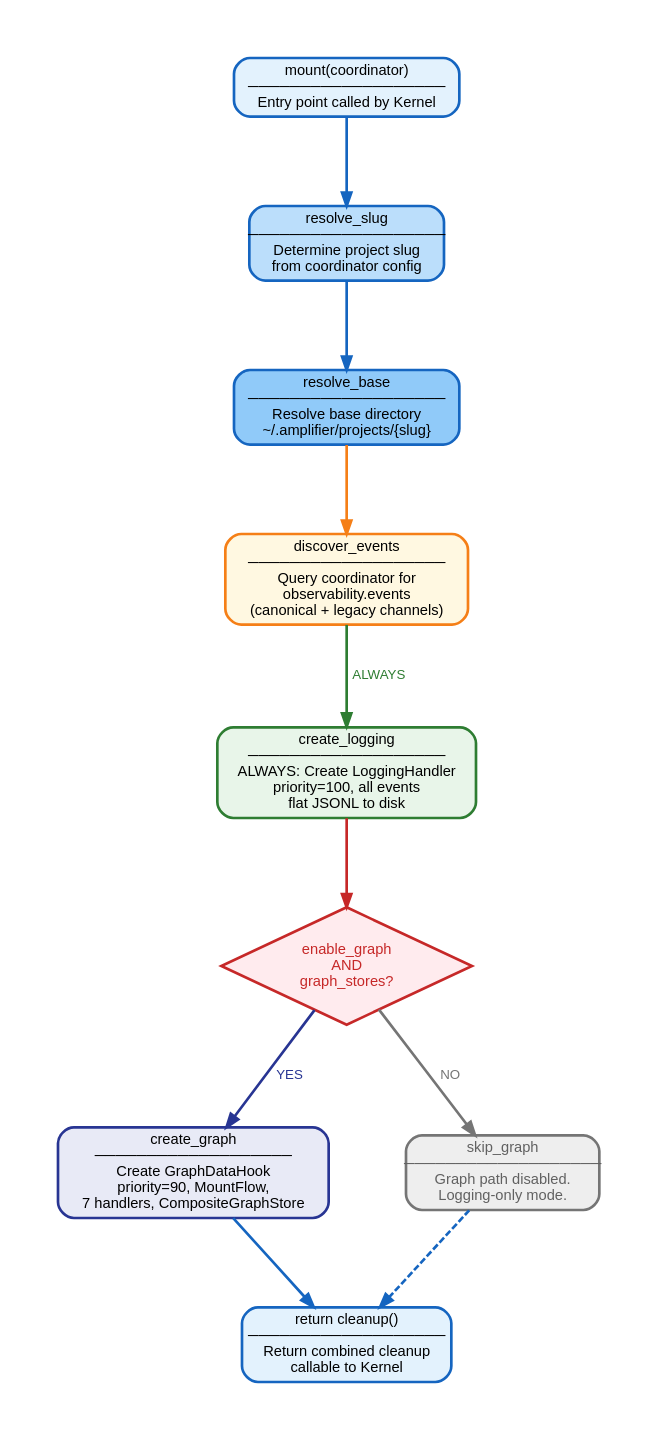
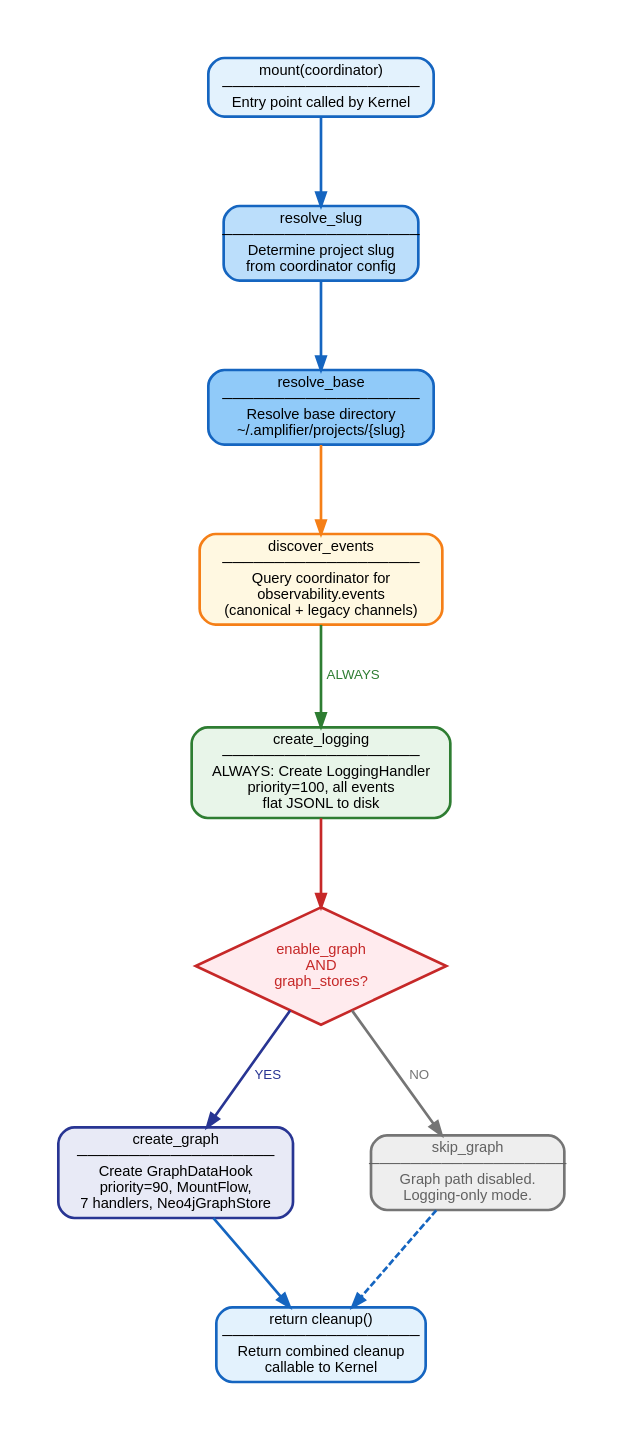
One commit to microsoft/amplifier-bundle-context-intelligence changed the diagram in context/hook-mount-dispatcher.dot. Above: the diagram before and after it, drawn with Graphviz. The commit also changed 80 other files, not shown here.

```diff
--- a/context/hook-mount-dispatcher.dot
+++ b/context/hook-mount-dispatcher.dot
@@ -1,146 +1,146 @@
 // Hook Mount Dispatcher — Top-Level Decision Flow
 // Context-Intelligence Bundle
 //
 // The top-level mount() dispatcher orchestrates both the always-on logging path
 // and the conditional graph path. This diagram shows the full decision flow.
 //
 // Render: dot -Tsvg hook-mount-dispatcher.dot -o hook-mount-dispatcher.svg
 
 digraph HookMountDispatcher {
     rankdir=TB;
     fontname="Helvetica";
     fontsize=12;
     compound=true;
     nodesep=0.8;
     ranksep=0.9;
     pad=0.5;
 
     // ─── Global defaults ─────────────────────────────────────────────
     node [fontname="Helvetica", fontsize=11];
     edge [fontname="Helvetica", fontsize=10];
 
     // ─── Entry / Resolution nodes (blue) ─────────────────────────────
     node [shape=box, style="rounded,filled", penwidth=2];
 
     entry_mount [
         label="mount(coordinator)\n───────────────────\nEntry point called by Kernel",
         fillcolor="#E3F2FD",
         color="#1565C0"
     ];
 
     resolve_slug [
         label="resolve_slug\n───────────────────\nDetermine project slug\nfrom coordinator config",
         fillcolor="#BBDEFB",
         color="#1565C0"
     ];
 
     resolve_base [
         label="resolve_base\n───────────────────\nResolve base directory\n~/.amplifier/projects/{slug}",
         fillcolor="#90CAF9",
         color="#1565C0"
     ];
 
     // ─── Discovery node (yellow) ─────────────────────────────────────
     discover_events [
         label="discover_events\n───────────────────\nQuery coordinator for\nobservability.events\n(canonical + legacy channels)",
         fillcolor="#FFF8E1",
         color="#F57F17"
     ];
 
     // ─── Logging creation node (green) ───────────────────────────────
     create_logging [
         label="create_logging\n───────────────────\nALWAYS: Create LoggingHandler\npriority=100, all events\nflat JSONL to disk",
         fillcolor="#E8F5E9",
         color="#2E7D32"
     ];
 
     // ─── Decision diamond (red) ──────────────────────────────────────
     node [shape=diamond, style=filled, penwidth=2];
 
     graph_decision [
         label="enable_graph\nAND\ngraph_stores?",
         fillcolor="#FFEBEE",
         color="#C62828",
         fontcolor="#C62828"
     ];
 
     // ─── Graph path nodes (indigo) ───────────────────────────────────
     node [shape=box, style="rounded,filled", penwidth=2];
 
     create_graph [
-        label="create_graph\n───────────────────\nCreate GraphDataHook\npriority=90, MountFlow,\n7 handlers, CompositeGraphStore",
+        label="create_graph\n───────────────────\nCreate GraphDataHook\npriority=90, MountFlow,\n7 handlers, Neo4jGraphStore",
         fillcolor="#E8EAF6",
         color="#283593"
     ];
 
     // ─── Skip node (grey) ────────────────────────────────────────────
     skip_graph [
         label="skip_graph\n───────────────────\nGraph path disabled.\nLogging-only mode.",
         fillcolor="#EEEEEE",
         color="#757575",
         fontcolor="#616161"
     ];
 
     // ─── Return node (blue) ──────────────────────────────────────────
     return_cleanup [
         label="return cleanup()\n───────────────────\nReturn combined cleanup\ncallable to Kernel",
         fillcolor="#E3F2FD",
         color="#1565C0"
     ];
 
     // ═══════════════════════════════════════════════════════════════════
     // ─── Transition edges ─────────────────────────────────────────────
     // ═══════════════════════════════════════════════════════════════════
 
     entry_mount -> resolve_slug [
         color="#1565C0",
         penwidth=2
     ];
 
     resolve_slug -> resolve_base [
         color="#1565C0",
         penwidth=2
     ];
 
     resolve_base -> discover_events [
         color="#F57F17",
         penwidth=2
     ];
 
     discover_events -> create_logging [
         label="  ALWAYS  ",
         color="#2E7D32",
         fontcolor="#2E7D32",
         penwidth=2
     ];
 
     create_logging -> graph_decision [
         color="#C62828",
         penwidth=2
     ];
 
     graph_decision -> create_graph [
         label="  YES  ",
         color="#283593",
         fontcolor="#283593",
         penwidth=2
     ];
 
     graph_decision -> skip_graph [
         label="  NO  ",
         color="#757575",
         fontcolor="#757575",
         penwidth=2
     ];
 
     create_graph -> return_cleanup [
         color="#1565C0",
         penwidth=2
     ];
 
     skip_graph -> return_cleanup [
         color="#1565C0",
         penwidth=2,
         style=dashed
     ];
 }
```
